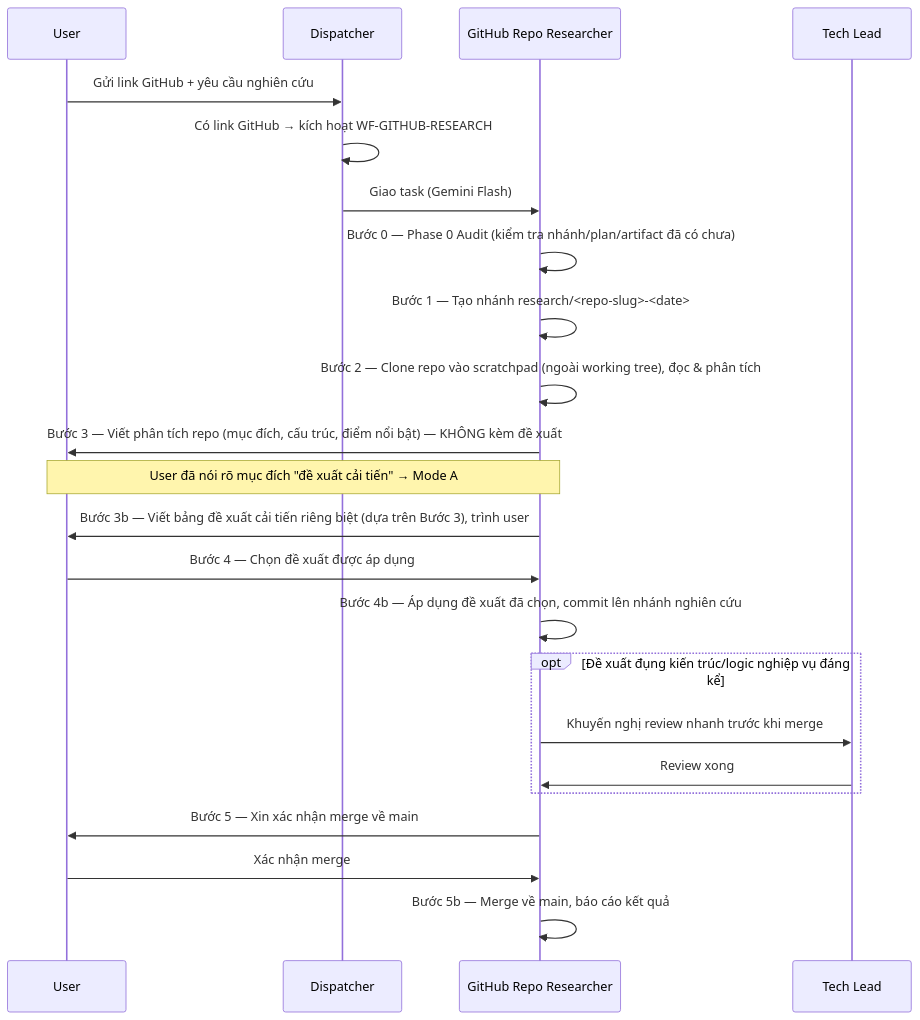
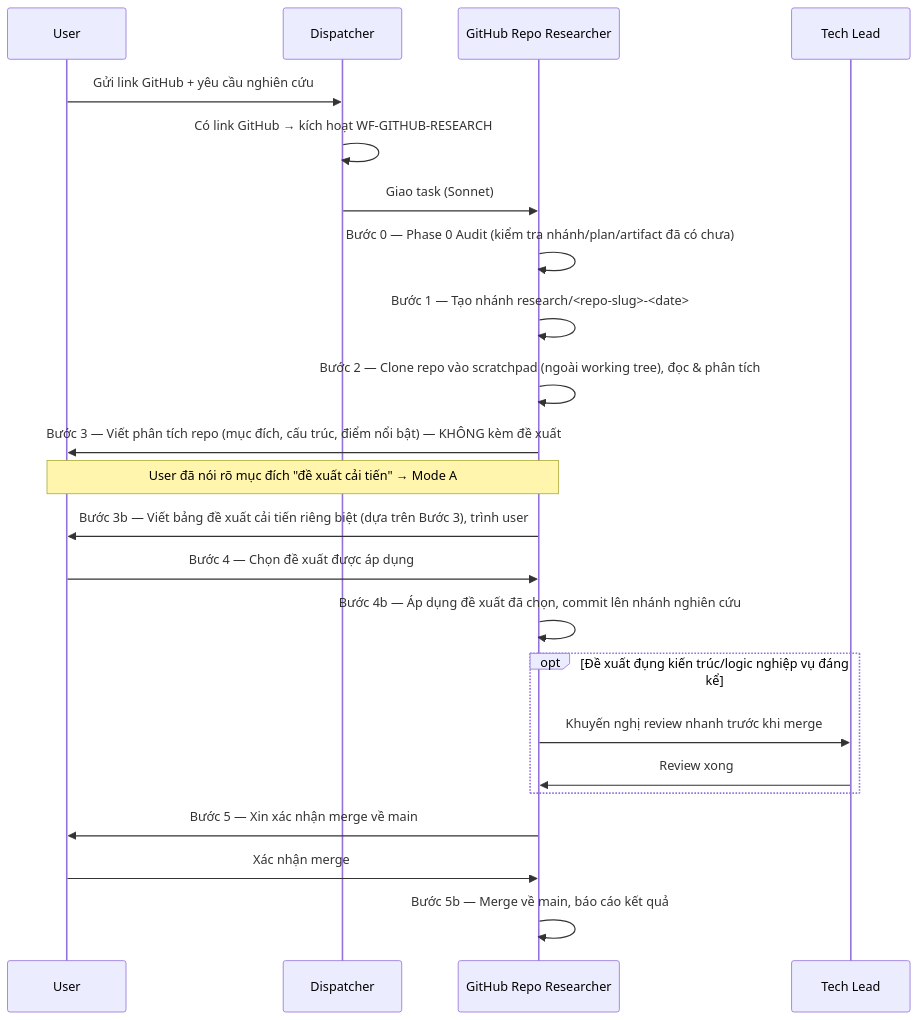
One commit to flick-git-anhnv/Gemini changed the tenth of 11 diagrams in WORKFLOW.md. Above: the diagram before and after it, drawn with Mermaid. The commit also changed other lines of this file and 127 other files, not shown here.

````diff
--- a/WORKFLOW.md
+++ b/WORKFLOW.md
@@ -383,27 +383,27 @@
 ```mermaid
 sequenceDiagram
     participant U as User
     participant Disp as Dispatcher
     participant GRR as GitHub Repo Researcher
     participant TL as Tech Lead
 
     U->>Disp: Gửi link GitHub + yêu cầu nghiên cứu
     Disp->>Disp: Có link GitHub → kích hoạt WF-GITHUB-RESEARCH
-    Disp->>GRR: Giao task (Gemini Flash)
+    Disp->>GRR: Giao task (Sonnet)
 
     GRR->>GRR: Bước 0 — Phase 0 Audit (kiểm tra nhánh/plan/artifact đã có chưa)
     GRR->>GRR: Bước 1 — Tạo nhánh research/<repo-slug>-<date>
     GRR->>GRR: Bước 2 — Clone repo vào scratchpad (ngoài working tree), đọc & phân tích
     GRR->>U: Bước 3 — Viết phân tích repo (mục đích, cấu trúc, điểm nổi bật) — KHÔNG kèm đề xuất
     Note over GRR,U: User đã nói rõ mục đích "đề xuất cải tiến" → Mode A
     GRR->>U: Bước 3b — Viết bảng đề xuất cải tiến riêng biệt (dựa trên Bước 3), trình user
     U->>GRR: Bước 4 — Chọn đề xuất được áp dụng
     GRR->>GRR: Bước 4b — Áp dụng đề xuất đã chọn, commit lên nhánh nghiên cứu
     opt Đề xuất đụng kiến trúc/logic nghiệp vụ đáng kể
         GRR->>TL: Khuyến nghị review nhanh trước khi merge
         TL->>GRR: Review xong
     end
     GRR->>U: Bước 5 — Xin xác nhận merge về main
     U->>GRR: Xác nhận merge
     GRR->>GRR: Bước 5b — Merge về main, báo cáo kết quả
 ```
````
